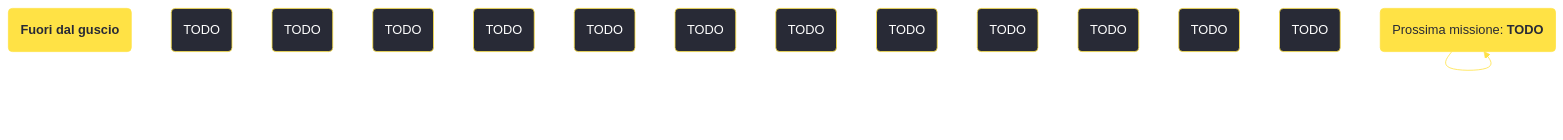
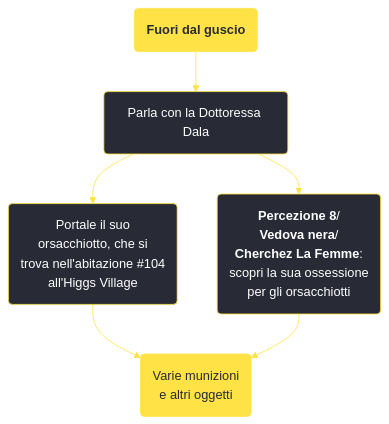
The diagram in content/voci/fallout new vegas/missioni/Fuori dal guscio.md (persy/wastelander), drawn with Mermaid before and after one commit. The commit also changed 174 other files, not shown here.

````diff
--- a/content/voci/fallout new vegas/missioni/Fuori dal guscio.md
+++ b/content/voci/fallout new vegas/missioni/Fuori dal guscio.md
@@ -32,24 +32,16 @@
 ```mermaid
 %%{init: {'theme': 'base', 'themeVariables': { 'primaryColor': '#282a36', 'primaryBorderColor': '#ffe245', 'primaryTextColor': '#fff', 'lineColor': '#ffe245', 'fontFamily': 'Jura'}}}%%
 graph TD;
     id1(<b>Fuori dal guscio</b>):::questfnv
-    id2(TODO)
-    id3(TODO)
-    id4(TODO)
-    id5(TODO)
-    id6(TODO)
-    id7(TODO) 
-    id8(TODO)
-    id9(TODO)
-    id10(TODO)
-    id11(TODO)
-    id12(TODO)
-    id13(TODO) 
-    id(TODO):::rewardfnv
-    id(Prossima missione: <b>TODO</b>):::questfnv
-    id-->id-->id-->id-->id-->id-->id
+    id2(Parla con la Dottoressa Dala)
+    id3(Portale il suo <br />orsacchiotto, che si <br />trova nell'abitazione #104 <br />all'Higgs Village)
+    id4(<b>Percezione 8</b>/<br /><b>Vedova nera</b>/<br /><b>Cherchez La Femme</b>: <br />scopri la sua ossessione <br />per gli orsacchiotti)
+    id5(Varie munizioni <br />e altri oggetti):::rewardfnv
+
     
-    click id "../TODO"
+    id1-->id2-->id3 & id4-->id5
+    
+    
     classDef rewardfnv fill:#ffe245, stroke:#ffe245, color:#282a36;
     classDef questfnv fill:#ffe245, stroke:#ffe245, color:#282a36;
 ```
````
